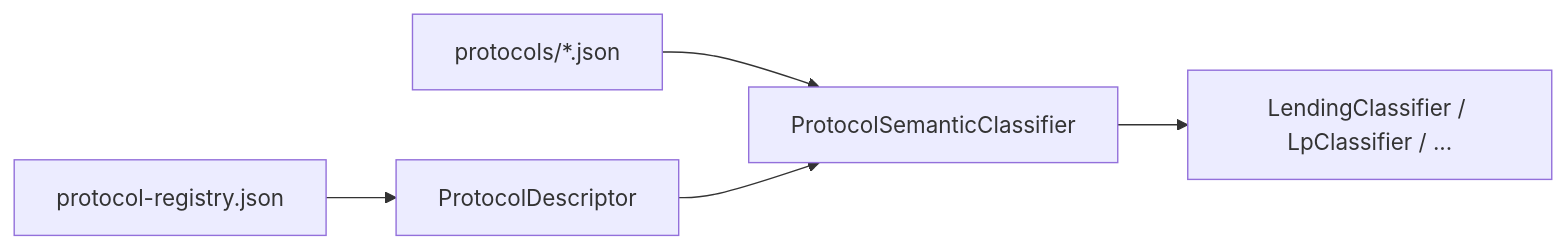
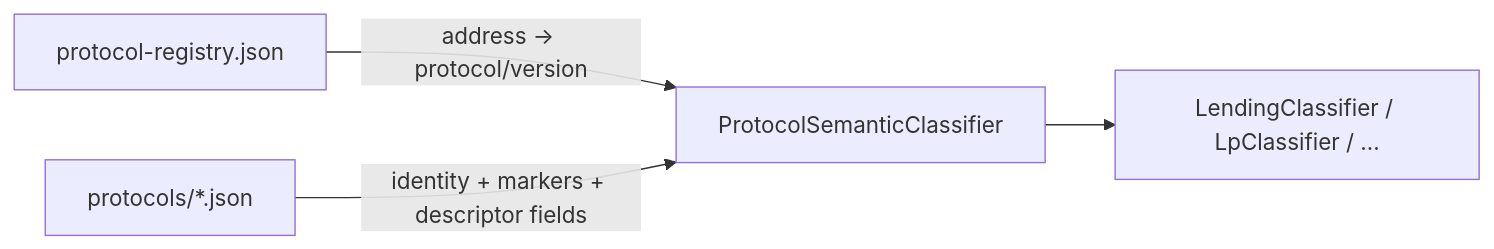
One commit to Volad/wallet-radar changed the diagram in docs/reference/protocol-descriptor.md. Above: the diagram before and after it, drawn with Mermaid. The commit also changed other lines of this file and 494 other files, not shown here.

````diff
--- a/docs/reference/protocol-descriptor.md
+++ b/docs/reference/protocol-descriptor.md
@@ -27,12 +43,10 @@
 ```mermaid
 flowchart LR
   Registry[protocol-registry.json]
   JsonProfile[protocols/*.json]
-  Descriptor[ProtocolDescriptor]
   Semantic[ProtocolSemanticClassifier]
   Family[LendingClassifier / LpClassifier / ...]
-  Registry --> Descriptor
-  JsonProfile --> Semantic
-  Descriptor --> Semantic
+  Registry -- address → protocol/version --> Semantic
+  JsonProfile -- identity + markers + descriptor fields --> Semantic
   Semantic --> Family
 ```
````
